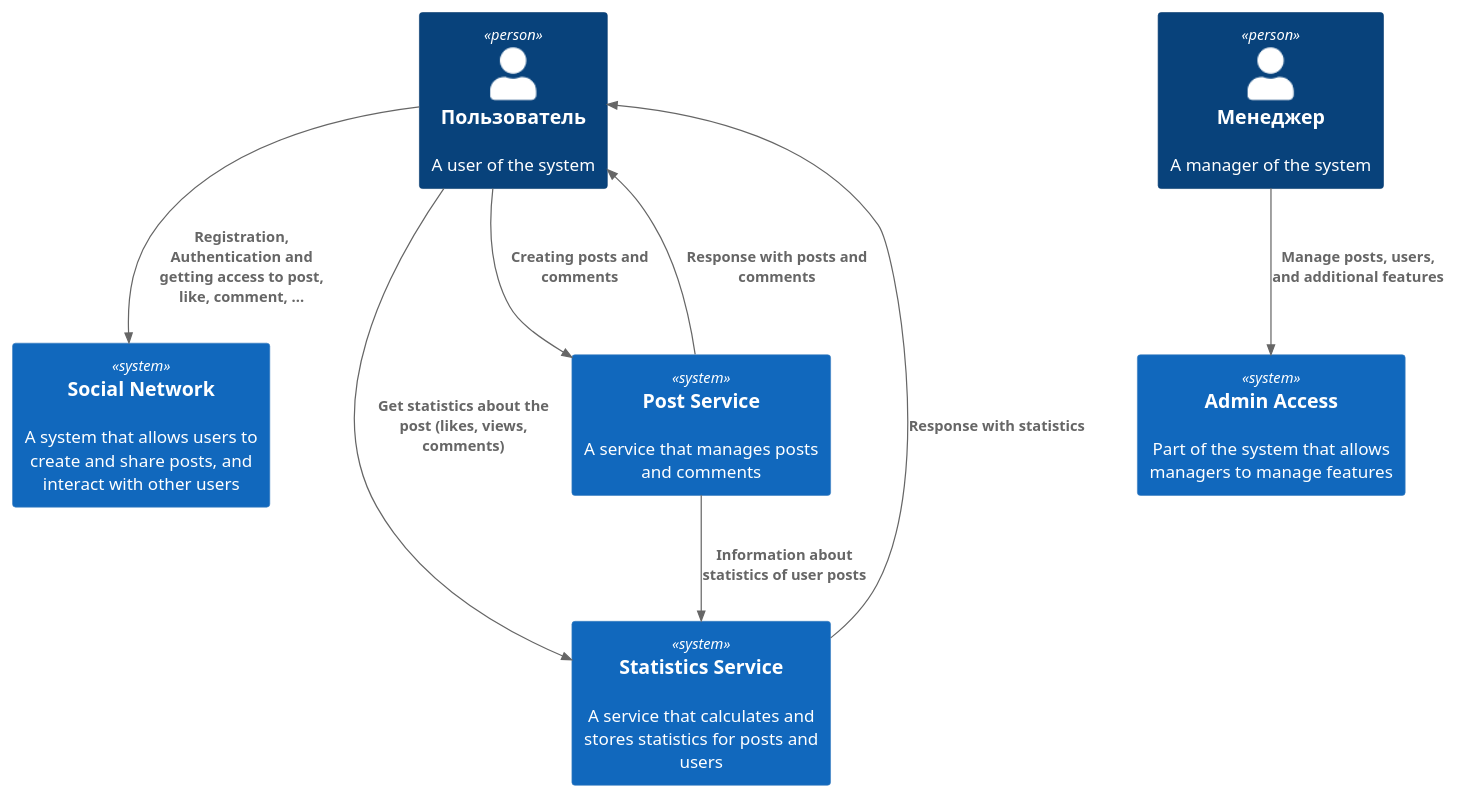
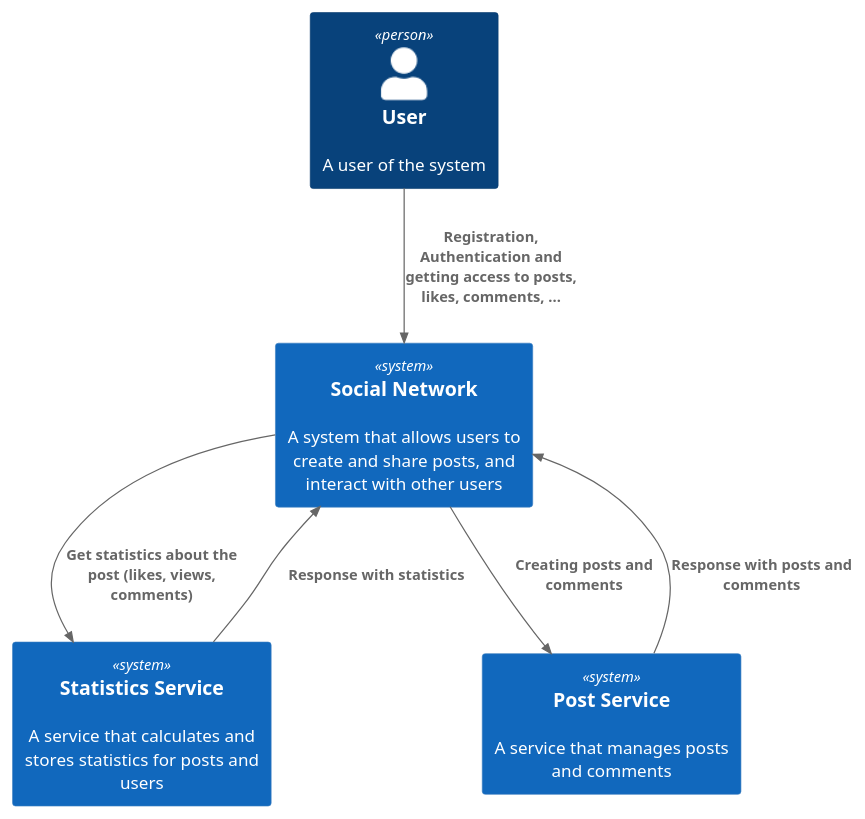
One commit to Denterry/SocialNetwork changed the diagram in doc/c4_context.puml. Above: the diagram before and after it, drawn with PlantUML. The commit also changed 2 other files, not shown here.

Commit message:
Admin Removal, Renewing of Context Diagram

```diff
--- a/doc/c4_context.puml
+++ b/doc/c4_context.puml
@@ -1,23 +1,20 @@
 @startuml
 !include <C4/C4_Context.puml>
 
-Person(user, "Пользователь", "A user of the system")
-Person(manager, "Менеджер", "A manager of the system")
+Person(user, "User", "A user of the system")
 
-System(admin, "Admin Access", "Part of the system that allows managers to manage features")
 System(socialNetwork, "Social Network", "A system that allows users to create and share posts, and interact with other users")
 System(statistics, "Statistics Service", "A service that calculates and stores statistics for posts and users")
 System(post, "Post Service", "A service that manages posts and comments")
 
-Rel(manager, admin, "Manage posts, users, and additional features")
-Rel(user, socialNetwork, "Registration, Authentication and getting access to post, like, comment, ...")
+Rel(user, socialNetwork, "Registration, Authentication and getting access to posts, likes, comments, ...")
 
-Rel(user, post, "Creating posts and comments")
-Rel(post, user, "Response with posts and comments")
+Rel(socialNetwork, post, "Creating posts and comments")
+Rel(post, socialNetwork, "Response with posts and comments")
 
-Rel(user, statistics, "Get statistics about the post (likes, views, comments)")
-Rel(statistics, user, "Response with statistics")
+Rel(socialNetwork, statistics, "Get statistics about the post (likes, views, comments)")
+Rel(statistics, socialNetwork, "Response with statistics")
 
-Rel(post, statistics, "Information about statistics of user posts")
+' Rel(post, statistics, "Information about statistics of user posts")
 
 @enduml
```
